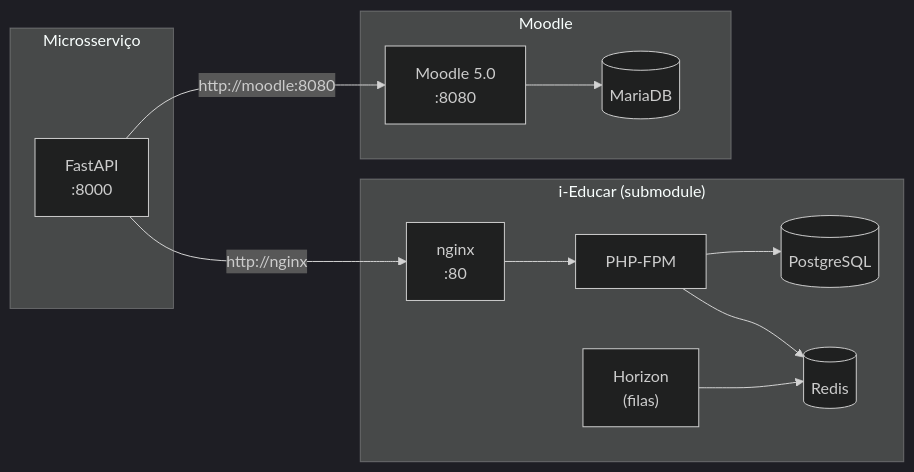
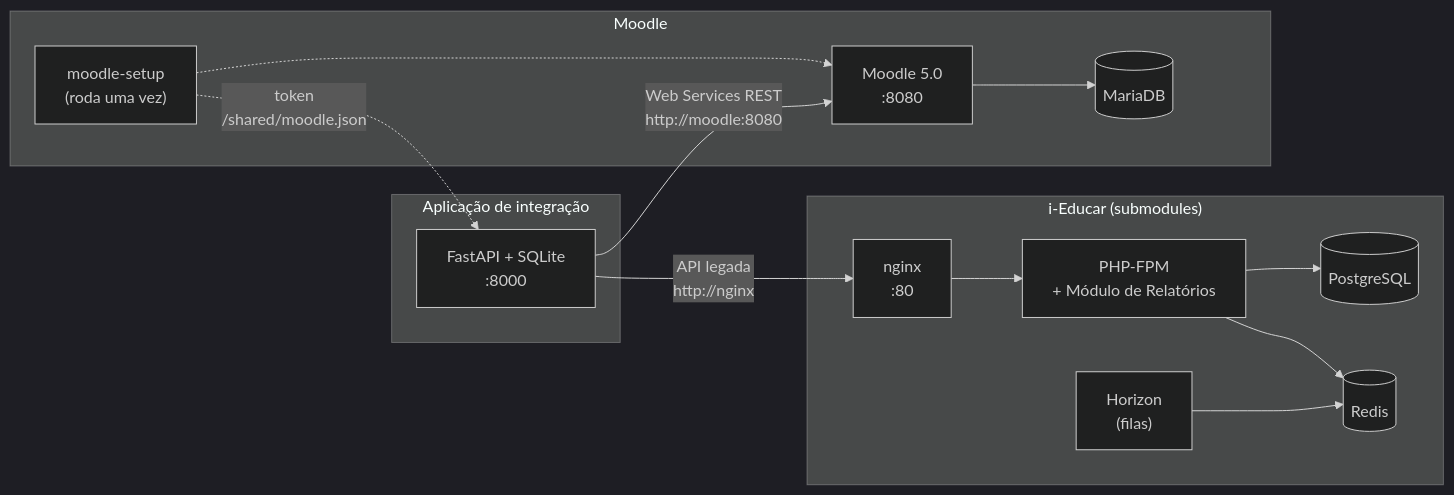
One commit to vargasnico/ieducar-moodle-integration changed the first of 2 diagrams in README.md. Above: the diagram before and after it, drawn with Mermaid (dark theme). The commit also changed other lines of this file and 9 other files, not shown here.

````diff
--- a/README.md
+++ b/README.md
@@ -12,20 +12,22 @@
 ```mermaid
 flowchart LR
-    subgraph integration["Microsserviço"]
-        api["FastAPI<br/>:8000"]
+    subgraph integration["Aplicação de integração"]
+        app["FastAPI + SQLite<br/>:8000"]
     end
 
-    subgraph ieducar["i-Educar (submodule)"]
-        nginx["nginx<br/>:80"] --> fpm["PHP-FPM"]
+    subgraph ieducar["i-Educar (submodules)"]
+        nginx["nginx<br/>:80"] --> fpm["PHP-FPM<br/>+ Módulo de Relatórios"]
         fpm --> pg[("PostgreSQL")]
         fpm --> redis[("Redis")]
         horizon["Horizon<br/>(filas)"] --> redis
     end
 
     subgraph moodle["Moodle"]
         md["Moodle 5.0<br/>:8080"] --> maria[("MariaDB")]
+        setup["moodle-setup<br/>(roda uma vez)"] -.-> md
     end
 
-    api -- "http://nginx" --> nginx
-    api -- "http://moodle:8080" --> md
+    app -- "API legada<br/>http://nginx" --> nginx
+    app -- "Web Services REST<br/>http://moodle:8080" --> md
+    setup -. "token<br/>/shared/moodle.json" .-> app
 ```
````
